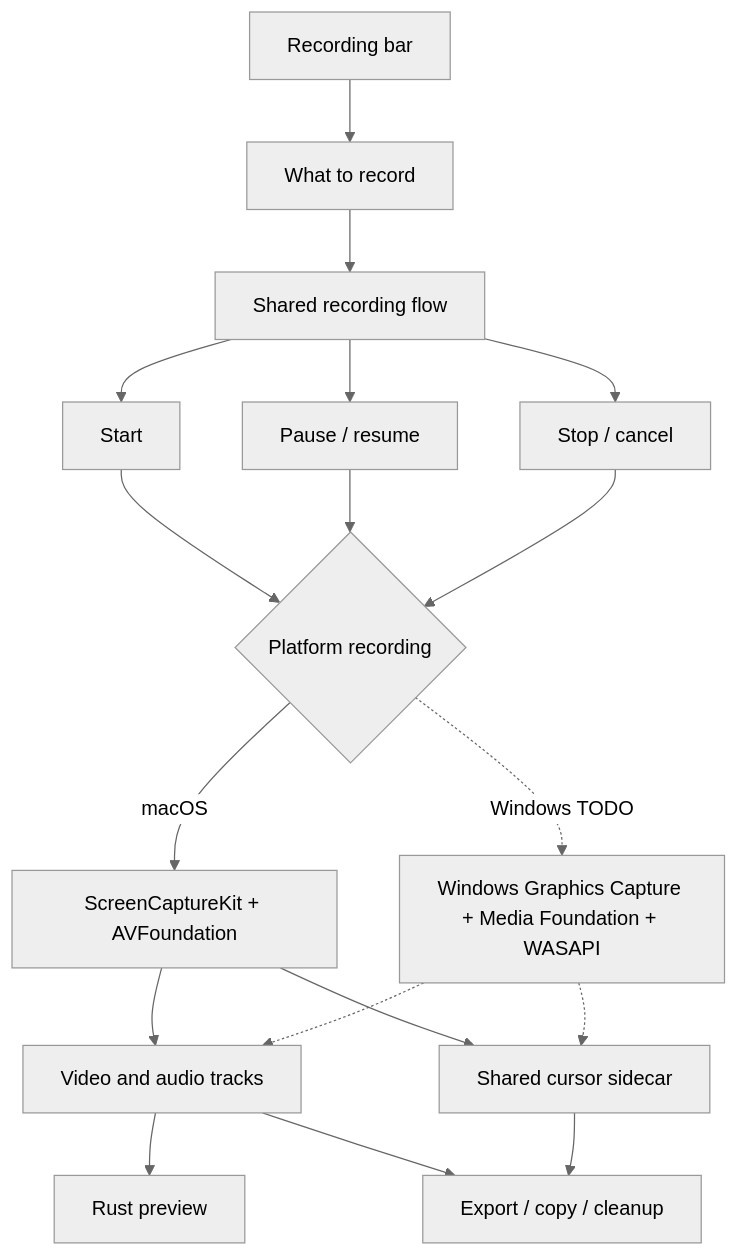
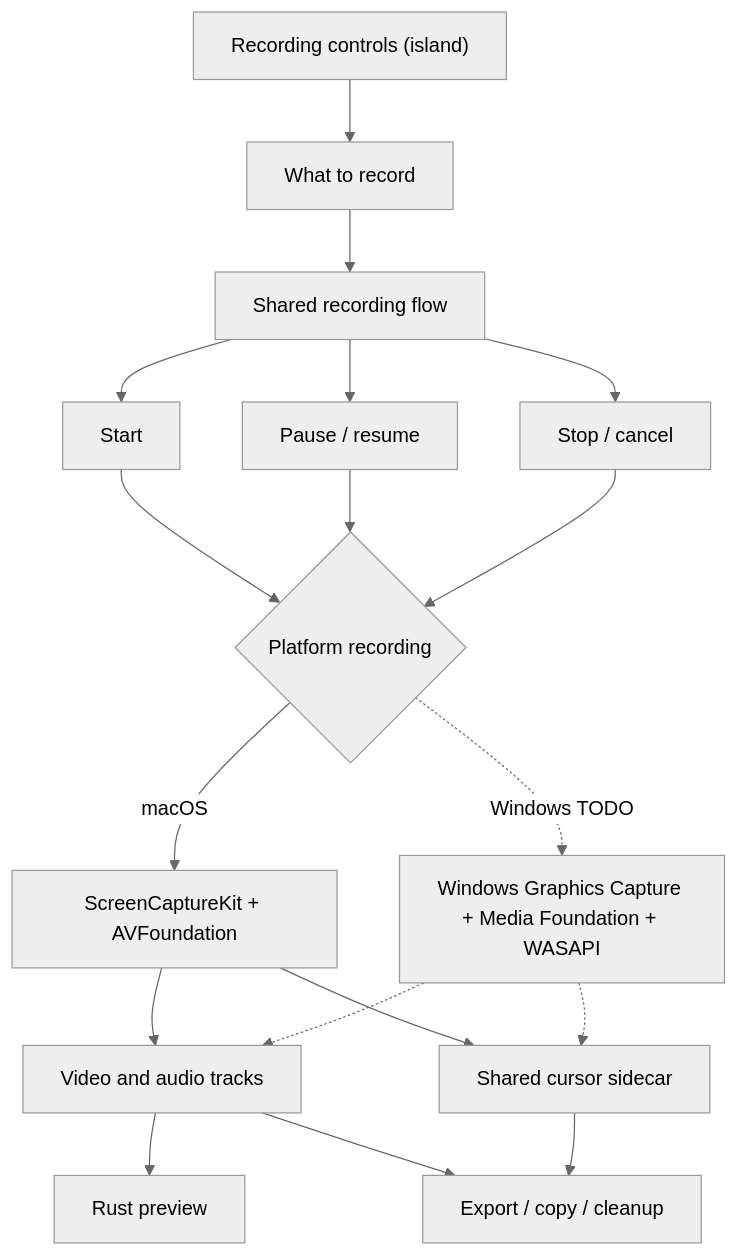
The first of 2 diagrams in src-tauri/src/recording/README.md (overpolish/screenwide), drawn with Mermaid (neutral theme) before and after one commit. The commit also changed other lines of this file and 259 other files, not shown here.

Commit message:
feat(island): replace the recording bar and dock with one island window

````diff
--- a/src-tauri/src/recording/README.md
+++ b/src-tauri/src/recording/README.md
@@ -8,24 +8,24 @@
 ```mermaid
 flowchart TD
-  BAR["Recording bar"] --> OPTIONS["What to record"]
+  ISLAND["Recording controls (island)"] --> OPTIONS["What to record"]
   OPTIONS --> SHARED["Shared recording flow"]
 
   SHARED --> START["Start"]
   SHARED --> CONTROL["Pause / resume"]
   SHARED --> FINISH["Stop / cancel"]
 
   START --> PLATFORM{"Platform recording"}
   CONTROL --> PLATFORM
   FINISH --> PLATFORM
 
   PLATFORM -->|"macOS"| MAC["ScreenCaptureKit + AVFoundation"]
   PLATFORM -.->|"Windows TODO"| WINDOWS["Windows Graphics Capture + Media Foundation + WASAPI"]
 
   MAC --> FILES["Video and audio tracks"]
   WINDOWS -.-> FILES
   MAC --> CURSOR["Shared cursor sidecar"]
   WINDOWS -.-> CURSOR
   FILES --> PREVIEW["Rust preview"]
   FILES --> EXPORT["Export / copy / cleanup"]
   CURSOR --> EXPORT
 ```
````
